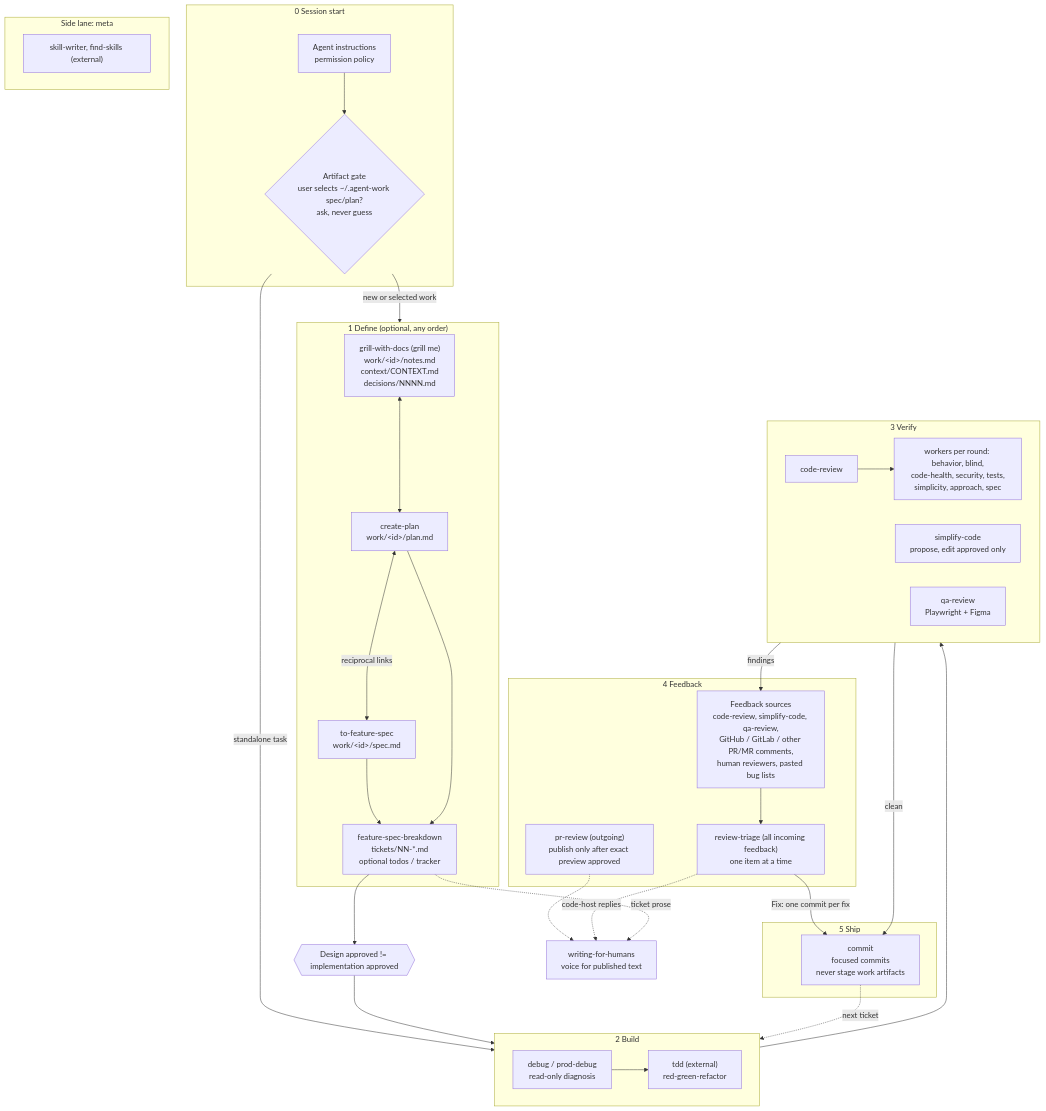
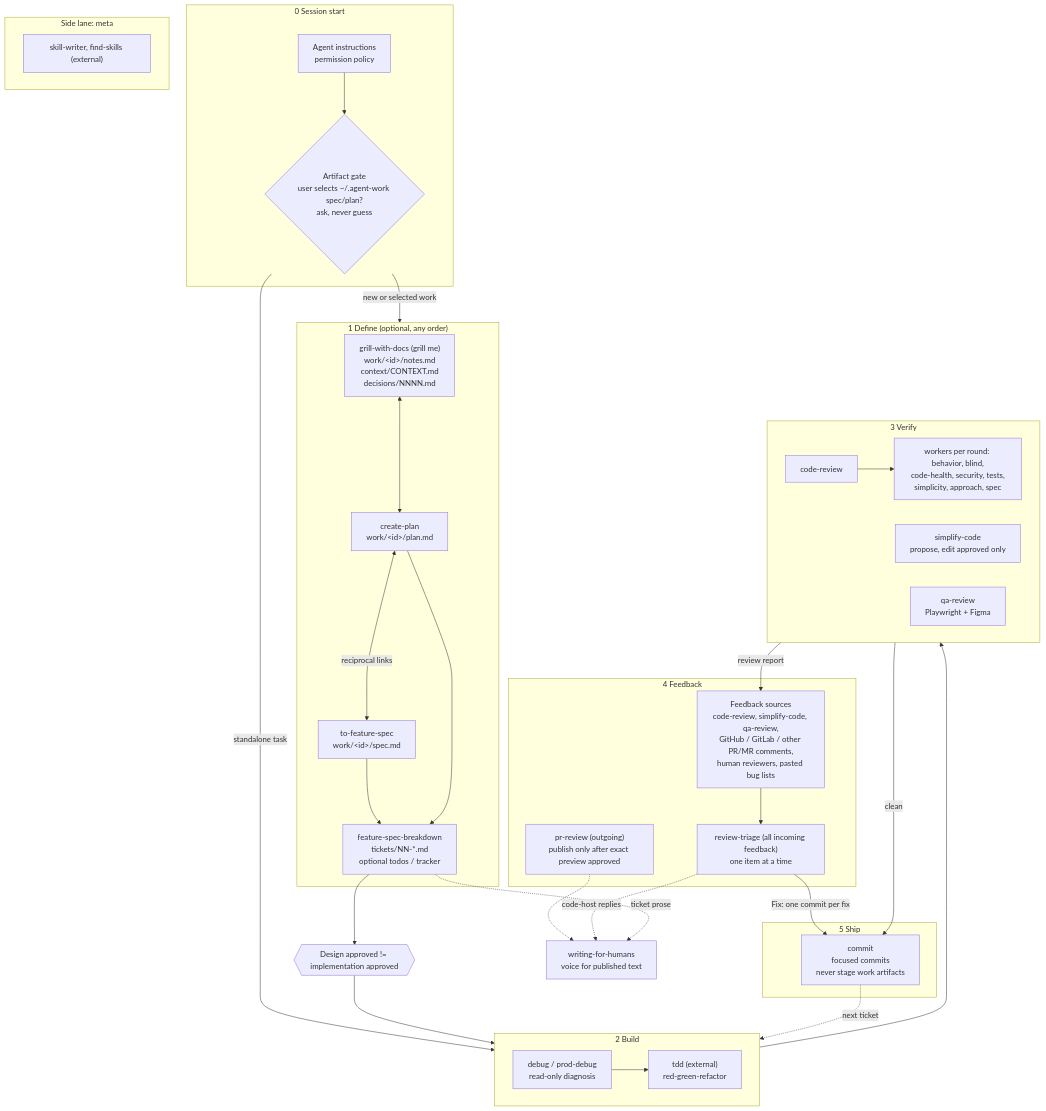
One commit to drosam/agents changed the diagram in README.md. Above: the diagram before and after it, drawn with Mermaid. The commit also changed 1 other file, not shown here.

Commit message:
Update docs for whole-report review flow and pr-review artifacts

````diff
--- a/README.md
+++ b/README.md
@@ -14,64 +14,64 @@
 ```mermaid
 flowchart TD
     subgraph S0["0 Session start"]
         rules["Agent instructions<br/>permission policy"]
         gate{"Artifact gate<br/>user selects ~/.agent-work spec/plan?<br/>ask, never guess"}
         rules --> gate
     end
 
     subgraph S1["1 Define (optional, any order)"]
         grill["grill-with-docs (grill me)<br/>work/&lt;id&gt;/notes.md<br/>context/CONTEXT.md<br/>decisions/NNNN.md"]
         plan["create-plan<br/>work/&lt;id&gt;/plan.md"]
         spec["to-feature-spec<br/>work/&lt;id&gt;/spec.md"]
         breakdown["feature-spec-breakdown<br/>tickets/NN-*.md<br/>optional todos / tracker"]
         grill <--> plan
         plan <-->|reciprocal links| spec
         spec --> breakdown
         plan --> breakdown
     end
 
     approve{{"Design approved != implementation approved"}}
 
     subgraph S2["2 Build"]
         tdd["tdd (external)<br/>red-green-refactor"]
         debug["debug / prod-debug<br/>read-only diagnosis"]
     end
 
     subgraph S3["3 Verify"]
         review["code-review"]
         workers["workers per round: behavior, blind,<br/>code-health, security, tests,<br/>simplicity, approach, spec"]
         simplify["simplify-code<br/>propose, edit approved only"]
         qa["qa-review<br/>Playwright + Figma"]
         review --> workers
     end
 
     subgraph S4["4 Feedback"]
         triage["review-triage (all incoming feedback)<br/>one item at a time"]
         sources["Feedback sources<br/>code-review, simplify-code, qa-review,<br/>GitHub / GitLab / other PR/MR comments,<br/>human reviewers, pasted bug lists"]
         sources --> triage
         prr["pr-review (outgoing)<br/>publish only after exact preview approved"]
     end
 
     subgraph S5["5 Ship"]
         commit["commit<br/>focused commits<br/>never stage work artifacts"]
     end
 
     subgraph META["Side lane: meta"]
         meta["skill-writer, find-skills (external)"]
     end
 
     voice["writing-for-humans<br/>voice for published text"]
     prr -.-> voice
     triage -.->|code-host replies| voice
     breakdown -.->|ticket prose| voice
 
     gate -->|new or selected work| S1
     gate -->|standalone task| S2
     breakdown --> approve --> S2
     debug --> tdd
     S2 --> S3
-    S3 -->|findings| sources
+    S3 -->|review report| sources
     triage -->|Fix: one commit per fix| commit
     S3 -->|clean| commit
     commit -.->|next ticket| S2
 ```
````
